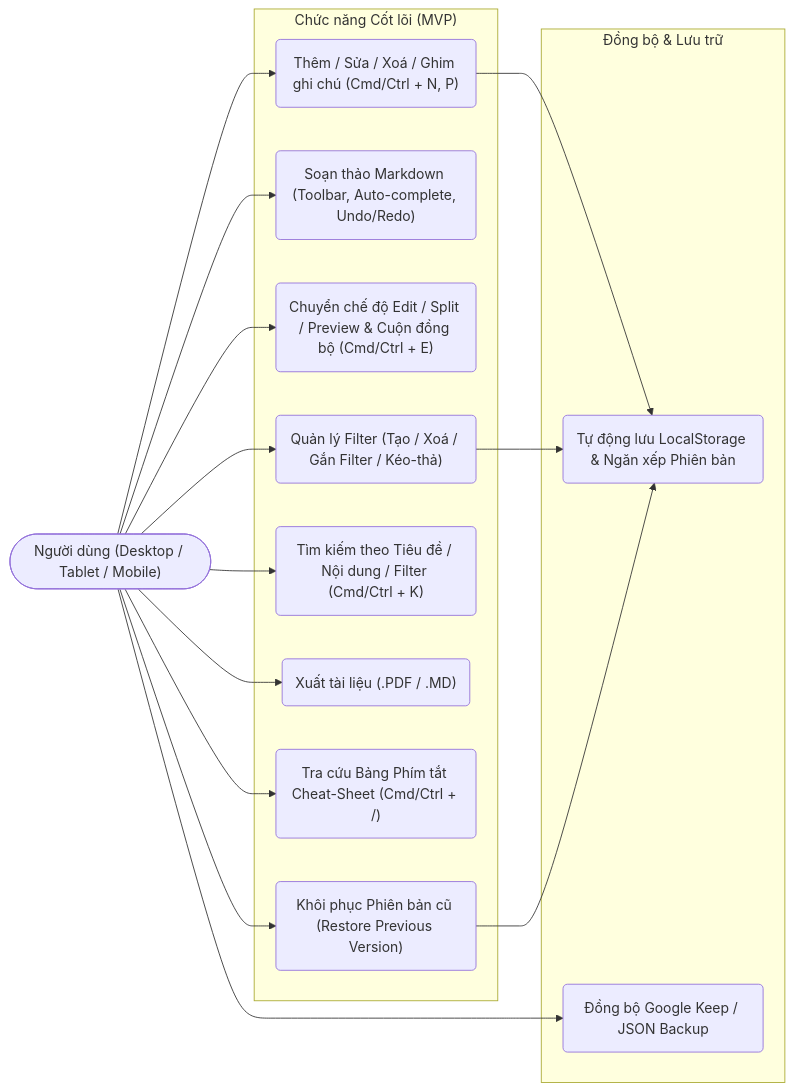
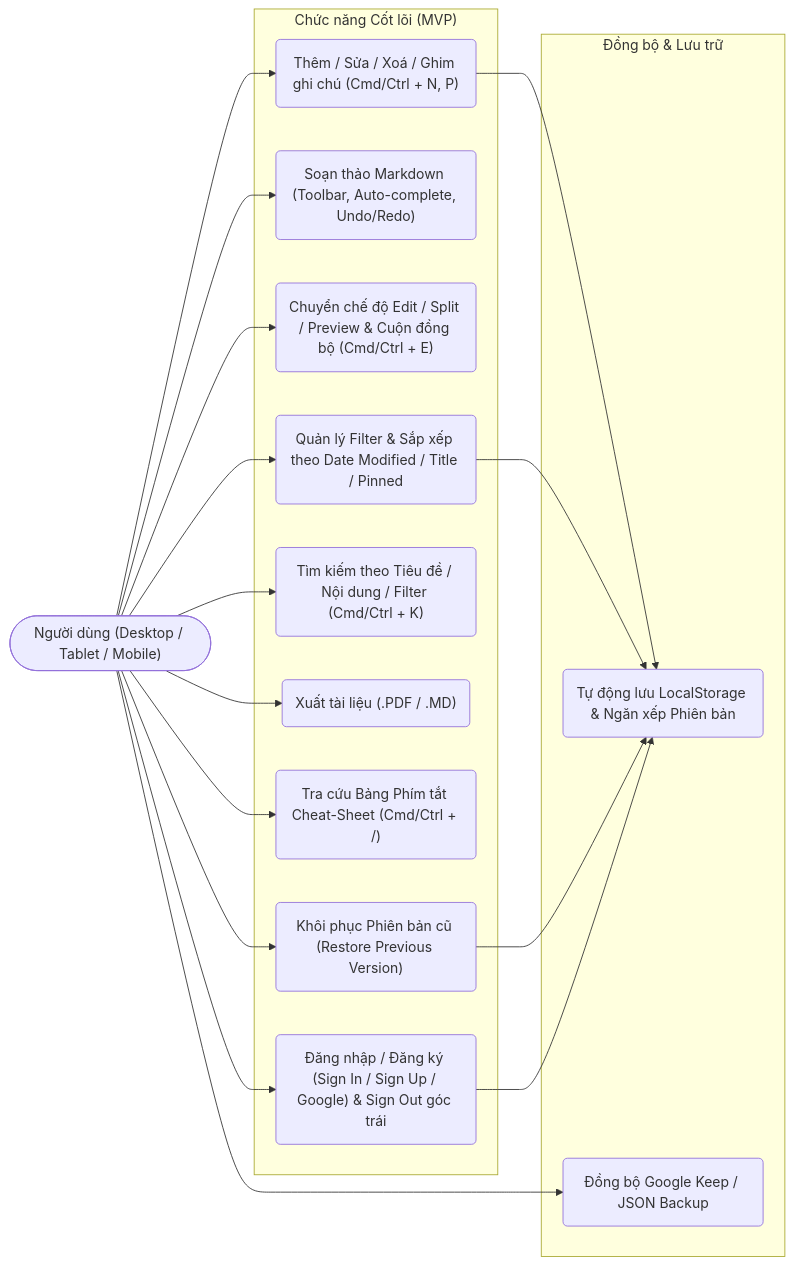
One commit to taro1026205/VibeNotes changed the first of 2 diagrams in README.md. Above: the diagram before and after it, drawn with Mermaid. The commit also changed other lines of this file and 20 other files, not shown here.

````diff
--- a/README.md
+++ b/README.md
@@ -30,33 +30,36 @@
 ```mermaid
 flowchart LR
     User(["Người dùng (Desktop / Tablet / Mobile)"])
 
     subgraph Core["Chức năng Cốt lõi (MVP)"]
         UC1("Thêm / Sửa / Xoá / Ghim ghi chú (Cmd/Ctrl + N, P)")
         UC2("Soạn thảo Markdown (Toolbar, Auto-complete, Undo/Redo)")
         UC3("Chuyển chế độ Edit / Split / Preview & Cuộn đồng bộ (Cmd/Ctrl + E)")
-        UC4("Quản lý Filter (Tạo / Xoá / Gắn Filter / Kéo-thả)")
+        UC4("Quản lý Filter & Sắp xếp theo Date Modified / Title / Pinned")
         UC5("Tìm kiếm theo Tiêu đề / Nội dung / Filter (Cmd/Ctrl + K)")
         UC6("Xuất tài liệu (.PDF / .MD)")
         UC9("Tra cứu Bảng Phím tắt Cheat-Sheet (Cmd/Ctrl + /)")
         UC10("Khôi phục Phiên bản cũ (Restore Previous Version)")
+        UC11("Đăng nhập / Đăng ký (Sign In / Sign Up / Google) & Sign Out góc trái")
     end
 
     subgraph Sync["Đồng bộ & Lưu trữ"]
         UC7("Tự động lưu LocalStorage & Ngăn xếp Phiên bản")
         UC8("Đồng bộ Google Keep / JSON Backup")
     end
 
     User --> UC1
     User --> UC2
     User --> UC3
     User --> UC4
     User --> UC5
     User --> UC6
     User --> UC9
     User --> UC10
+    User --> UC11
     UC1 --> UC7
     UC4 --> UC7
     UC10 --> UC7
+    UC11 --> UC7
     User --> UC8
 ```
````
